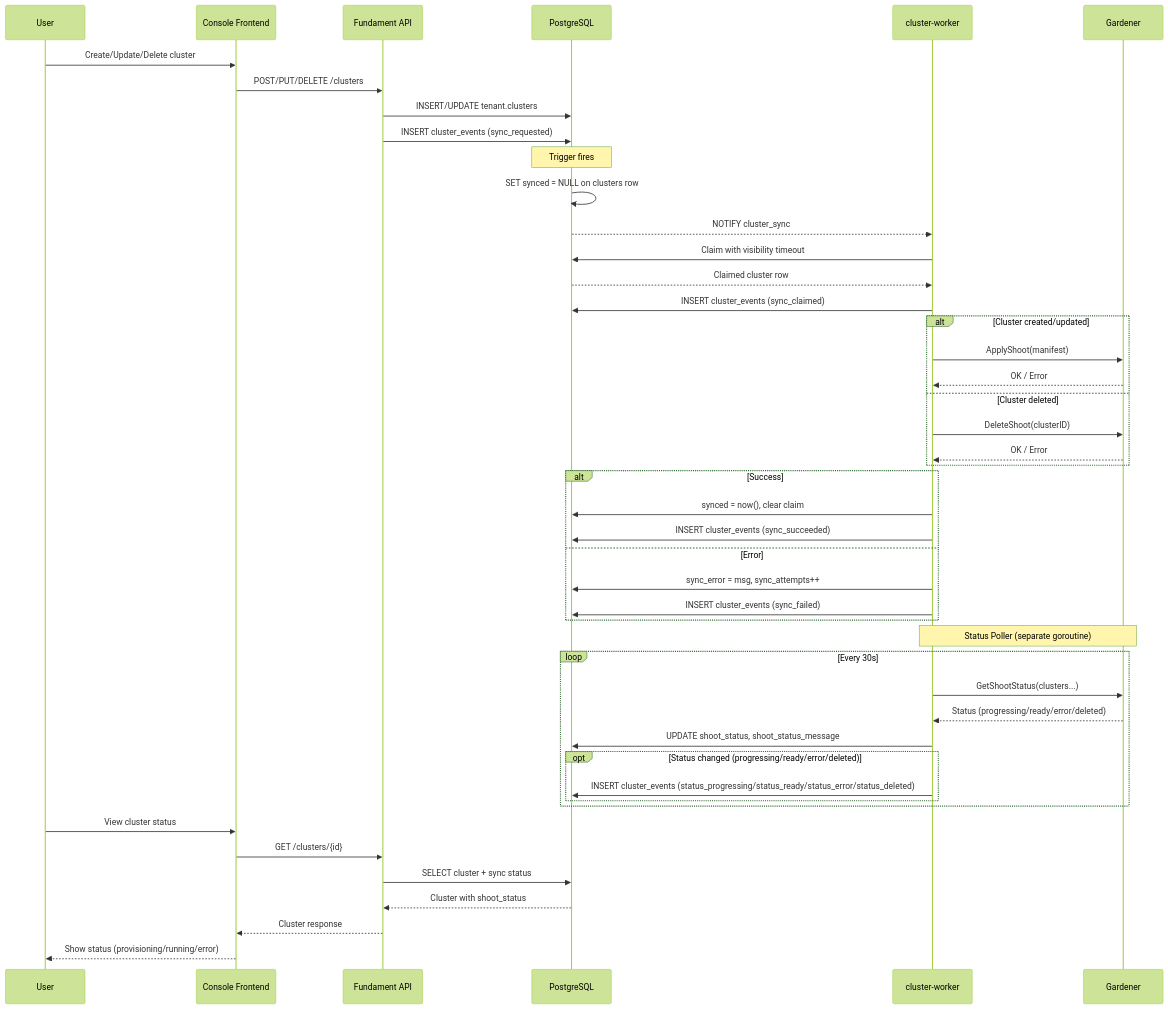
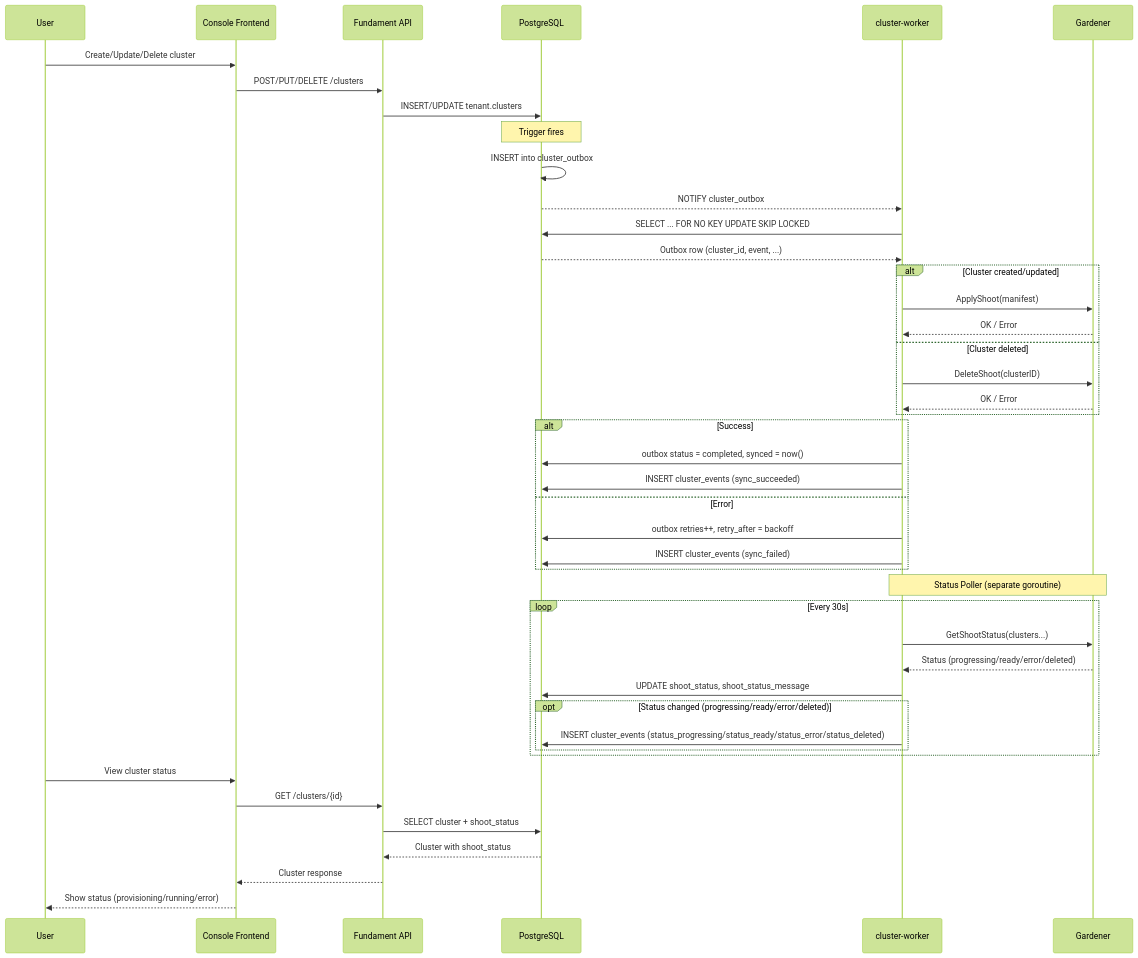
The first of 2 diagrams in cluster-worker/README.md (fundament-oss/fundament), drawn with Mermaid (forest theme) before and after one commit. The commit also changed other lines of this file and 26 other files, not shown here.

````diff
--- a/cluster-worker/README.md
+++ b/cluster-worker/README.md
@@ -68,56 +68,54 @@
 ```mermaid
 sequenceDiagram
     participant User
     participant Frontend as Console Frontend
     participant API as Fundament API
     participant DB as PostgreSQL
     participant Worker as cluster-worker
     participant Gardener
 
     User->>Frontend: Create/Update/Delete cluster
     Frontend->>API: POST/PUT/DELETE /clusters
     API->>DB: INSERT/UPDATE tenant.clusters
-    API->>DB: INSERT cluster_events (sync_requested)
 
     Note over DB: Trigger fires
-    DB->>DB: SET synced = NULL on clusters row
-    DB-->>Worker: NOTIFY cluster_sync
+    DB->>DB: INSERT into cluster_outbox
+    DB-->>Worker: NOTIFY cluster_outbox
 
-    Worker->>DB: Claim with visibility timeout
-    DB-->>Worker: Claimed cluster row
-    Worker->>DB: INSERT cluster_events (sync_claimed)
+    Worker->>DB: SELECT ... FOR NO KEY UPDATE SKIP LOCKED
+    DB-->>Worker: Outbox row (cluster_id, event, ...)
 
     alt Cluster created/updated
         Worker->>Gardener: ApplyShoot(manifest)
         Gardener-->>Worker: OK / Error
     else Cluster deleted
         Worker->>Gardener: DeleteShoot(clusterID)
         Gardener-->>Worker: OK / Error
     end
 
     alt Success
-        Worker->>DB: synced = now(), clear claim
+        Worker->>DB: outbox status = completed, synced = now()
         Worker->>DB: INSERT cluster_events (sync_succeeded)
     else Error
-        Worker->>DB: sync_error = msg, sync_attempts++
+        Worker->>DB: outbox retries++, retry_after = backoff
         Worker->>DB: INSERT cluster_events (sync_failed)
     end
 
     Note over Worker,Gardener: Status Poller (separate goroutine)
 
     loop Every 30s
         Worker->>Gardener: GetShootStatus(clusters...)
         Gardener-->>Worker: Status (progressing/ready/error/deleted)
         Worker->>DB: UPDATE shoot_status, shoot_status_message
         opt Status changed (progressing/ready/error/deleted)
             Worker->>DB: INSERT cluster_events (status_progressing/status_ready/status_error/status_deleted)
         end
     end
 
     User->>Frontend: View cluster status
     Frontend->>API: GET /clusters/{id}
-    API->>DB: SELECT cluster + sync status
+    API->>DB: SELECT cluster + shoot_status
     DB-->>API: Cluster with shoot_status
     API-->>Frontend: Cluster response
     Frontend-->>User: Show status (provisioning/running/error)
 ```
````
